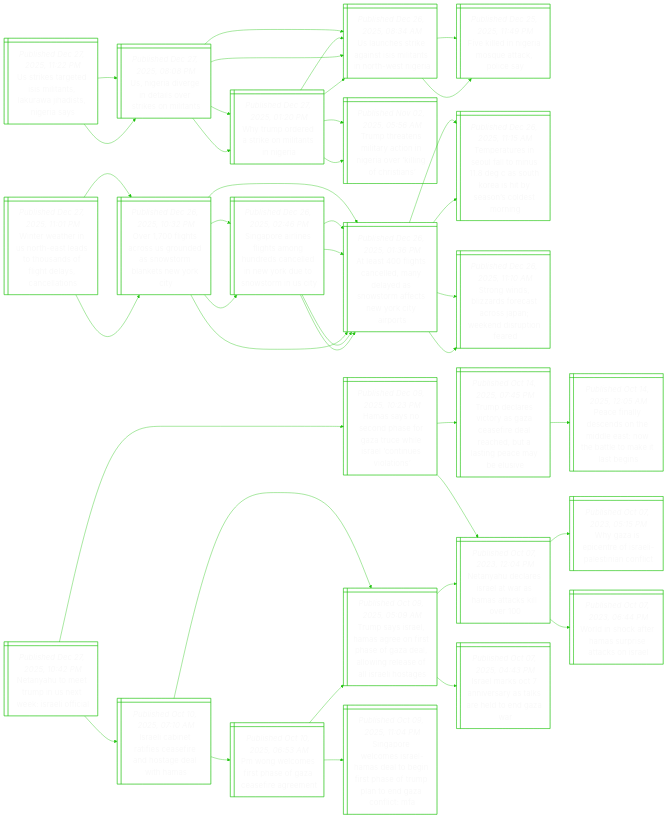
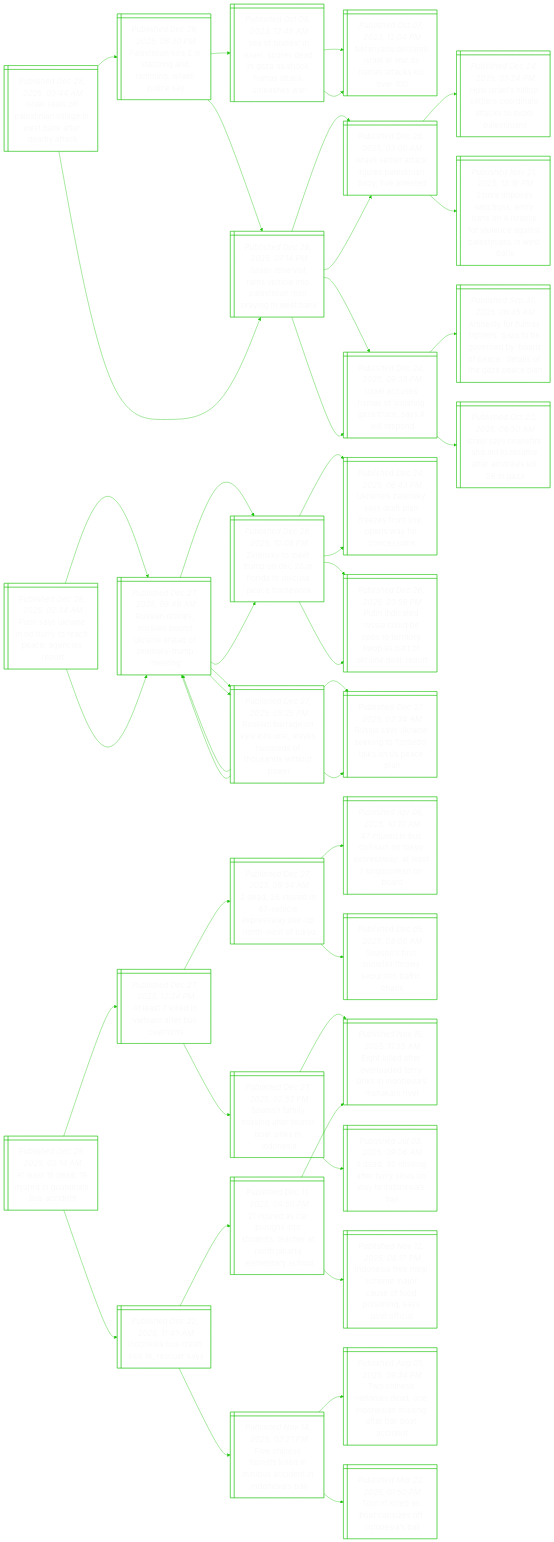
The diagram in README.md (notJmes/notJmes), drawn with Mermaid before and after one commit. The commit also changed other lines of this file, not shown here.

````diff
--- a/README.md
+++ b/README.md
@@ -16,133 +16,142 @@
 flowchart LR
 classDef txtsize font-size:20px;
 
-UiaeStLahtea@{ shape: win-pane, label: "_Published Dec 27, 2025, 11:22 PM_
-Us strikes targeted isis militants, lakurawa jihadists, nigeria says" }
-Ueietotslt@{ shape: win-pane, label: "_Published Dec 27, 2025, 08:08 PM_
-Us, nigeria diverge in details over strikes on militants" }
-UnsenIisrse@{ shape: win-pane, label: "_Published Dec 26, 2025, 08:34 AM_
-Us launches strike against isis militants in north-west nigeria" }
-Fiieoakc@{ shape: win-pane, label: "_Published Dec 25, 2025, 11:49 PM_
-Five killed in nigeria mosque attack, police say" }
-WudakinNi@{ shape: win-pane, label: "_Published Dec 27, 2025, 01:20 PM_
-Why trump ordered a strike on militants in nigeria" }
-TttiriNiriCt@{ shape: win-pane, label: "_Published Nov 02, 2025, 05:56 AM_
-Trump threatens military action in nigeria over ‘killing of christians’" }
-UnsenIisrse@{ shape: win-pane, label: "_Published Dec 26, 2025, 08:34 AM_
-Us launches strike against isis militants in north-west nigeria" }
-Ueietotslt@{ shape: win-pane, label: "_Published Dec 27, 2025, 08:08 PM_
-Us, nigeria diverge in details over strikes on militants" }
-UnsenIisrse@{ shape: win-pane, label: "_Published Dec 26, 2025, 08:34 AM_
-Us launches strike against isis militants in north-west nigeria" }
-Fiieoakc@{ shape: win-pane, label: "_Published Dec 25, 2025, 11:49 PM_
-Five killed in nigeria mosque attack, police say" }
-WudakinNi@{ shape: win-pane, label: "_Published Dec 27, 2025, 01:20 PM_
-Why trump ordered a strike on militants in nigeria" }
-TttiriNiriCt@{ shape: win-pane, label: "_Published Nov 02, 2025, 05:56 AM_
-Trump threatens military action in nigeria over ‘killing of christians’" }
-UnsenIisrse@{ shape: win-pane, label: "_Published Dec 26, 2025, 08:34 AM_
-Us launches strike against isis militants in north-west nigeria" }
-
-UiaeStLahtea:::txtsize --> Ueietotslt:::txtsize
-Ueietotslt:::txtsize --> UnsenIisrse:::txtsize
-UnsenIisrse:::txtsize --> Fiieoakc:::txtsize
-Ueietotslt:::txtsize --> WudakinNi:::txtsize
-WudakinNi:::txtsize --> TttiriNiriCt:::txtsize
-WudakinNi:::txtsize --> UnsenIisrse:::txtsize
-UiaeStLahtea:::txtsize --> Ueietotslt:::txtsize
-Ueietotslt:::txtsize --> UnsenIisrse:::txtsize
-UnsenIisrse:::txtsize --> Fiieoakc:::txtsize
-Ueietotslt:::txtsize --> WudakinNi:::txtsize
-WudakinNi:::txtsize --> TttiriNiriCt:::txtsize
-WudakinNi:::txtsize --> UnsenIisrse:::txtsize
-
-WrhUttsodldsei@{ shape: win-pane, label: "_Published Dec 27, 2025, 11:01 PM_
-Winter weather in us north-east leads to thousands of flight delays, cancellations" }
-Olssrenoasot@{ shape: win-pane, label: "_Published Dec 26, 2025, 10:32 PM_
-Over 1,700 flights across us grounded as snowstorm blankets new york city" }
-AsgalnassatYirs@{ shape: win-pane, label: "_Published Dec 26, 2025, 01:36 PM_
-At least 400 flights cancelled, many delayed as snowstorm affects new york city airports" }
-Treeamdshatacsn@{ shape: win-pane, label: "_Published Dec 26, 2025, 11:15 AM_
-Temperatures in seoul fall to minus 11.8 deg c as south korea is hit by season’s coldest morning" }
-Sgszfaraedune@{ shape: win-pane, label: "_Published Dec 26, 2025, 11:10 AM_
-Strong winds, blizzards forecast across japan; weekend disruption feared" }
-Spiegmudcdwdstnt@{ shape: win-pane, label: "_Published Dec 26, 2025, 02:46 PM_
-Singapore airlines flights among hundreds cancelled in new york due to snowstorm in us city" }
-AsgalnassatYirs@{ shape: win-pane, label: "_Published Dec 26, 2025, 01:36 PM_
-At least 400 flights cancelled, many delayed as snowstorm affects new york city airports" }
-AsgalnassatYirs@{ shape: win-pane, label: "_Published Dec 26, 2025, 01:36 PM_
-At least 400 flights cancelled, many delayed as snowstorm affects new york city airports" }
-Olssrenoasot@{ shape: win-pane, label: "_Published Dec 26, 2025, 10:32 PM_
-Over 1,700 flights across us grounded as snowstorm blankets new york city" }
-AsgalnassatYirs@{ shape: win-pane, label: "_Published Dec 26, 2025, 01:36 PM_
-At least 400 flights cancelled, many delayed as snowstorm affects new york city airports" }
-Treeamdshatacsn@{ shape: win-pane, label: "_Published Dec 26, 2025, 11:15 AM_
-Temperatures in seoul fall to minus 11.8 deg c as south korea is hit by season’s coldest morning" }
-Sgszfaraedune@{ shape: win-pane, label: "_Published Dec 26, 2025, 11:10 AM_
-Strong winds, blizzards forecast across japan; weekend disruption feared" }
-Spiegmudcdwdstnt@{ shape: win-pane, label: "_Published Dec 26, 2025, 02:46 PM_
-Singapore airlines flights among hundreds cancelled in new york due to snowstorm in us city" }
-AsgalnassatYirs@{ shape: win-pane, label: "_Published Dec 26, 2025, 01:36 PM_
-At least 400 flights cancelled, many delayed as snowstorm affects new york city airports" }
-AsgalnassatYirs@{ shape: win-pane, label: "_Published Dec 26, 2025, 01:36 PM_
-At least 400 flights cancelled, many delayed as snowstorm affects new york city airports" }
-
-WrhUttsodldsei:::txtsize --> Olssrenoasot:::txtsize
-Olssrenoasot:::txtsize --> AsgalnassatYirs:::txtsize
-AsgalnassatYirs:::txtsize --> Treeamdshatacsn:::txtsize
-AsgalnassatYirs:::txtsize --> Sgszfaraedune:::txtsize
-Olssrenoasot:::txtsize --> Spiegmudcdwdstnt:::txtsize
-Spiegmudcdwdstnt:::txtsize --> AsgalnassatYirs:::txtsize
-Spiegmudcdwdstnt:::txtsize --> AsgalnassatYirs:::txtsize
-WrhUttsodldsei:::txtsize --> Olssrenoasot:::txtsize
-Olssrenoasot:::txtsize --> AsgalnassatYirs:::txtsize
-AsgalnassatYirs:::txtsize --> Treeamdshatacsn:::txtsize
-AsgalnassatYirs:::txtsize --> Sgszfaraedune:::txtsize
-Olssrenoasot:::txtsize --> Spiegmudcdwdstnt:::txtsize
-Spiegmudcdwdstnt:::txtsize --> AsgalnassatYirs:::txtsize
-Spiegmudcdwdstnt:::txtsize --> AsgalnassatYirs:::txtsize
-
-NyoTieeafa@{ shape: win-pane, label: "_Published Dec 27, 2025, 10:42 PM_
-Netanyahu to meet trump in us next week: israeli official" }
-HsonsGrhscnii@{ shape: win-pane, label: "_Published Dec 09, 2025, 10:23 PM_
-Hamas says no second phase for gaza truce while israel ‘continues violations’" }
-Tdrcaaededlncbs@{ shape: win-pane, label: "_Published Oct 14, 2025, 07:45 PM_
-Trump declares victory as gaza ceasefire deal reached, but a lasting peace may be elusive" }
-PflcoMeNelale@{ shape: win-pane, label: "_Published Oct 14, 2025, 12:05 AM_
-Peace finally descends on the middle east: now the battle to make it last begins" }
+Ilsaivgenedt@{ shape: win-pane, label: "_Published Dec 28, 2025, 03:44 AM_
+Israel seals off palestinian village in west bank after deadly attack" }
+Ptnsagagela@{ shape: win-pane, label: "_Published Dec 26, 2025, 08:30 PM_
+Palestinian kills 2 in stabbing and ramming, israeli police say" }
+Sbsrcdnacaale@{ shape: win-pane, label: "_Published Oct 08, 2023, 12:45 AM_
+‘sea of bodies’ in israel, scores dead in gaza as shock hamas attack unleashes war" }
 NyeeawHakl@{ shape: win-pane, label: "_Published Oct 07, 2023, 12:04 PM_
 Netanyahu declares israel at war as hamas attacks kill over 100" }
-WzptIleint@{ shape: win-pane, label: "_Published Oct 07, 2023, 05:15 PM_
-Why gaza is epicentre of israeli-palestinian conflict" }
-Wiceapaks@{ shape: win-pane, label: "_Published Oct 07, 2023, 06:44 PM_
-World in shock after hamas surprise attacks on israel" }
-Iliaeseoewa@{ shape: win-pane, label: "_Published Oct 10, 2025, 07:10 AM_
-Israeli cabinet ratifies ceasefire and hostage deal with hamas" }
-TssHaossaaorslaoe@{ shape: win-pane, label: "_Published Oct 09, 2025, 05:09 AM_
-Trump says israel, hamas agree on first phase of gaza deal, allowing release of all israeli hostages" }
-Ilsnrakhoar@{ shape: win-pane, label: "_Published Oct 07, 2025, 04:43 PM_
-Israel marks oct 7 anniversary as talks are held to end gaza war" }
 NyeeawHakl@{ shape: win-pane, label: "_Published Oct 07, 2023, 12:04 PM_
 Netanyahu declares israel at war as hamas attacks kill over 100" }
-Pgoihfcfge@{ shape: win-pane, label: "_Published Oct 10, 2025, 06:53 AM_
-Pm wong welcomes first phase of gaza ceasefire agreement" }
-TssHaossaaorslaoe@{ shape: win-pane, label: "_Published Oct 09, 2025, 05:09 AM_
-Trump says israel, hamas agree on first phase of gaza deal, allowing release of all israeli hostages" }
-SpeeamaeihfptGoc@{ shape: win-pane, label: "_Published Oct 09, 2025, 11:04 PM_
-Singapore welcomes israel-hamas deal to begin first phase of trump plan to end gaza conflict: mfa" }
+Iletvlosapnen@{ shape: win-pane, label: "_Published Dec 26, 2025, 07:14 PM_
+Israeli reservist rams vehicle into palestinian man praying in west bank" }
+Ilttieeibes@{ shape: win-pane, label: "_Published Dec 26, 2025, 03:00 AM_
+Israeli settler attack injures palestinian baby, five arrested" }
+Ilsmvtauyis@{ shape: win-pane, label: "_Published Dec 24, 2025, 09:38 PM_
+Israel accuses hamas of violating gaza truce, says it will respond" }
+Iletvlosapnen@{ shape: win-pane, label: "_Published Dec 26, 2025, 07:14 PM_
+Israeli reservist rams vehicle into palestinian man praying in west bank" }
+Ilttieeibes@{ shape: win-pane, label: "_Published Dec 26, 2025, 03:00 AM_
+Israeli settler attack injures palestinian baby, five arrested" }
+Hrhotciakxais@{ shape: win-pane, label: "_Published Dec 24, 2025, 05:24 PM_
+How israel’s hilltop settlers coordinate attacks to expel palestinians" }
+Siecsyoafoenlnit@{ shape: win-pane, label: "_Published Nov 21, 2025, 12:16 PM_
+S’pore imposes sanctions, entry bans on 4 israelis for violence against palestinians in west bank" }
+Ilsmvtauyis@{ shape: win-pane, label: "_Published Dec 24, 2025, 09:38 PM_
+Israel accuses hamas of violating gaza truce, says it will respond" }
+AtHfezerydatoGel@{ shape: win-pane, label: "_Published Sep 30, 2025, 06:45 AM_
+Amnesty for hamas fighters, gaza to be governed by ‘board of peace’: details of the gaza peace plan" }
+Ilcfntutrkla@{ shape: win-pane, label: "_Published Oct 20, 2025, 06:50 AM_
+Israel says ceasefire and aid to resume after airstrikes kill 26 in gaza" }
 
-NyoTieeafa:::txtsize --> HsonsGrhscnii:::txtsize
-HsonsGrhscnii:::txtsize --> Tdrcaaededlncbs:::txtsize
-Tdrcaaededlncbs:::txtsize --> PflcoMeNelale:::txtsize
-HsonsGrhscnii:::txtsize --> NyeeawHakl:::txtsize
-NyeeawHakl:::txtsize --> WzptIleint:::txtsize
-NyeeawHakl:::txtsize --> Wiceapaks:::txtsize
-NyoTieeafa:::txtsize --> Iliaeseoewa:::txtsize
-Iliaeseoewa:::txtsize --> TssHaossaaorslaoe:::txtsize
-TssHaossaaorslaoe:::txtsize --> Ilsnrakhoar:::txtsize
-TssHaossaaorslaoe:::txtsize --> NyeeawHakl:::txtsize
-Iliaeseoewa:::txtsize --> Pgoihfcfge:::txtsize
-Pgoihfcfge:::txtsize --> TssHaossaaorslaoe:::txtsize
-Pgoihfcfge:::txtsize --> SpeeamaeihfptGoc:::txtsize
+Ilsaivgenedt:::txtsize --> Ptnsagagela:::txtsize
+Ptnsagagela:::txtsize --> Sbsrcdnacaale:::txtsize
+Sbsrcdnacaale:::txtsize --> NyeeawHakl:::txtsize
+Sbsrcdnacaale:::txtsize --> NyeeawHakl:::txtsize
+Ptnsagagela:::txtsize --> Iletvlosapnen:::txtsize
+Iletvlosapnen:::txtsize --> Ilttieeibes:::txtsize
+Iletvlosapnen:::txtsize --> Ilsmvtauyis:::txtsize
+Ilsaivgenedt:::txtsize --> Iletvlosapnen:::txtsize
+Iletvlosapnen:::txtsize --> Ilttieeibes:::txtsize
+Ilttieeibes:::txtsize --> Hrhotciakxais:::txtsize
+Ilttieeibes:::txtsize --> Siecsyoafoenlnit:::txtsize
+Iletvlosapnen:::txtsize --> Ilsmvtauyis:::txtsize
+Ilsmvtauyis:::txtsize --> AtHfezerydatoGel:::txtsize
+Ilsmvtauyis:::txtsize --> Ilcfntutrkla:::txtsize
+
+Pskehtccnrt@{ shape: win-pane, label: "_Published Dec 28, 2025, 02:34 AM_
+Putin says ukraine in no hurry to reach peace, agencies report" }
+RanssdieZsue@{ shape: win-pane, label: "_Published Dec 27, 2025, 08:49 AM_
+Russian drones, missiles pound ukraine ahead of zelensky-trump meeting" }
+Zsmrnnidscmk@{ shape: win-pane, label: "_Published Dec 26, 2025, 10:08 PM_
+Zelensky to meet trump on dec 28 in florida to discuss peace framework" }
+Unlydprstowren@{ shape: win-pane, label: "_Published Dec 24, 2025, 06:43 PM_
+Ukraine’s zelensky says draft plan freezes front line, opens way for concessions" }
+PiaucbnrrprkeRt@{ shape: win-pane, label: "_Published Dec 26, 2025, 03:59 PM_
+Putin indicated russia could be open to territory swop as part of ukraine deal: report" }
+Rarnkoaudhntp@{ shape: win-pane, label: "_Published Dec 27, 2025, 05:25 PM_
+Russian barrage on kyiv kills one, leaves hundreds of thousands without power" }
+RaUnkoelUcn@{ shape: win-pane, label: "_Published Dec 27, 2025, 02:34 AM_
+Russia says ukraine seeking to ‘torpedo’ talks on us peace plan" }
+RanssdieZsue@{ shape: win-pane, label: "_Published Dec 27, 2025, 08:49 AM_
+Russian drones, missiles pound ukraine ahead of zelensky-trump meeting" }
+RanssdieZsue@{ shape: win-pane, label: "_Published Dec 27, 2025, 08:49 AM_
+Russian drones, missiles pound ukraine ahead of zelensky-trump meeting" }
+Zsmrnnidscmk@{ shape: win-pane, label: "_Published Dec 26, 2025, 10:08 PM_
+Zelensky to meet trump on dec 28 in florida to discuss peace framework" }
+Unlydprstowren@{ shape: win-pane, label: "_Published Dec 24, 2025, 06:43 PM_
+Ukraine’s zelensky says draft plan freezes front line, opens way for concessions" }
+PiaucbnrrprkeRt@{ shape: win-pane, label: "_Published Dec 26, 2025, 03:59 PM_
+Putin indicated russia could be open to territory swop as part of ukraine deal: report" }
+Rarnkoaudhntp@{ shape: win-pane, label: "_Published Dec 27, 2025, 05:25 PM_
+Russian barrage on kyiv kills one, leaves hundreds of thousands without power" }
+RaUnkoelUcn@{ shape: win-pane, label: "_Published Dec 27, 2025, 02:34 AM_
+Russia says ukraine seeking to ‘torpedo’ talks on us peace plan" }
+RanssdieZsue@{ shape: win-pane, label: "_Published Dec 27, 2025, 08:49 AM_
+Russian drones, missiles pound ukraine ahead of zelensky-trump meeting" }
+
+Pskehtccnrt:::txtsize --> RanssdieZsue:::txtsize
+RanssdieZsue:::txtsize --> Zsmrnnidscmk:::txtsize
+Zsmrnnidscmk:::txtsize --> Unlydprstowren:::txtsize
+Zsmrnnidscmk:::txtsize --> PiaucbnrrprkeRt:::txtsize
+RanssdieZsue:::txtsize --> Rarnkoaudhntp:::txtsize
+Rarnkoaudhntp:::txtsize --> RaUnkoelUcn:::txtsize
+Rarnkoaudhntp:::txtsize --> RanssdieZsue:::txtsize
+Pskehtccnrt:::txtsize --> RanssdieZsue:::txtsize
+RanssdieZsue:::txtsize --> Zsmrnnidscmk:::txtsize
+Zsmrnnidscmk:::txtsize --> Unlydprstowren:::txtsize
+Zsmrnnidscmk:::txtsize --> PiaucbnrrprkeRt:::txtsize
+RanssdieZsue:::txtsize --> Rarnkoaudhntp:::txtsize
+Rarnkoaudhntp:::txtsize --> RaUnkoelUcn:::txtsize
+Rarnkoaudhntp:::txtsize --> RanssdieZsue:::txtsize
+
+AsdrGmui@{ shape: win-pane, label: "_Published Dec 28, 2025, 02:14 AM_
+At least 15 dead, 19 injured in guatemala bus accident" }
+AslVaeou@{ shape: win-pane, label: "_Published Dec 27, 2025, 12:24 PM_
+At least 7 killed in vietnam after bus overturns" }
+dndhespphoy@{ shape: win-pane, label: "_Published Dec 27, 2025, 09:54 AM_
+2 dead, 26 injured in 67-vehicle expressway pile-up north-west of tokyo" }
+ieulnkpwlSpna@{ shape: win-pane, label: "_Published Apr 06, 2025, 10:10 AM_
+47 injured in bus collision on tokyo expressway; at least 1 singaporean on board" }
+Snswtsltio@{ shape: win-pane, label: "_Published Dec 05, 2025, 08:00 AM_
+Season’s first snowfall throws seoul into traffic chaos" }
+Ssisatstsdi@{ shape: win-pane, label: "_Published Dec 27, 2025, 02:52 PM_
+Spanish family missing after tourist boat sinks in indonesia" }
+EkdrldysdihR@{ shape: win-pane, label: "_Published Nov 15, 2025, 11:55 AM_
+Eight killed after overloaded ferry sinks in indonesia’s mahakam river" }
+digrysydil@{ shape: win-pane, label: "_Published Jul 03, 2025, 09:06 AM_
+4 dead, 30 missing after ferry sinks on way to indonesia’s bali" }
+Ieuslca@{ shape: win-pane, label: "_Published Dec 22, 2025, 11:45 AM_
+Indonesia bus crash kills 16, rescuer says" }
+ieaunushNJtmro@{ shape: win-pane, label: "_Published Dec 11, 2025, 04:50 PM_
+21 injured as car ploughs into students, teacher at north jakarta elementary school" }
+Ieraejufoiytc@{ shape: win-pane, label: "_Published Nov 12, 2025, 08:17 PM_
+Indonesia free meal scheme major cause of food poisoning, says govt official" }
+EkdrldysdihR@{ shape: win-pane, label: "_Published Nov 15, 2025, 11:55 AM_
+Eight killed after overloaded ferry sinks in indonesia’s mahakam river" }
+Fheiiiicnnsa@{ shape: win-pane, label: "_Published Nov 14, 2025, 03:21 PM_
+Five chinese tourists killed in minibus accident in indonesia’s bali" }
+Tinneennitltd@{ shape: win-pane, label: "_Published Aug 05, 2025, 09:34 PM_
+Two chinese nationals dead, one indonesian missing after bali boat accident" }
+TslbaeIeB@{ shape: win-pane, label: "_Published Mar 22, 2025, 01:50 PM_
+Tourist killed as boat capsizes off indonesia’s bali" }
+
+AsdrGmui:::txtsize --> AslVaeou:::txtsize
+AslVaeou:::txtsize --> dndhespphoy:::txtsize
+dndhespphoy:::txtsize --> ieulnkpwlSpna:::txtsize
+dndhespphoy:::txtsize --> Snswtsltio:::txtsize
+AslVaeou:::txtsize --> Ssisatstsdi:::txtsize
+Ssisatstsdi:::txtsize --> EkdrldysdihR:::txtsize
+Ssisatstsdi:::txtsize --> digrysydil:::txtsize
+AsdrGmui:::txtsize --> Ieuslca:::txtsize
+Ieuslca:::txtsize --> ieaunushNJtmro:::txtsize
+ieaunushNJtmro:::txtsize --> Ieraejufoiytc:::txtsize
+ieaunushNJtmro:::txtsize --> EkdrldysdihR:::txtsize
+Ieuslca:::txtsize --> Fheiiiicnnsa:::txtsize
+Fheiiiicnnsa:::txtsize --> Tinneennitltd:::txtsize
+Fheiiiicnnsa:::txtsize --> TslbaeIeB:::txtsize
 
 ```
````
